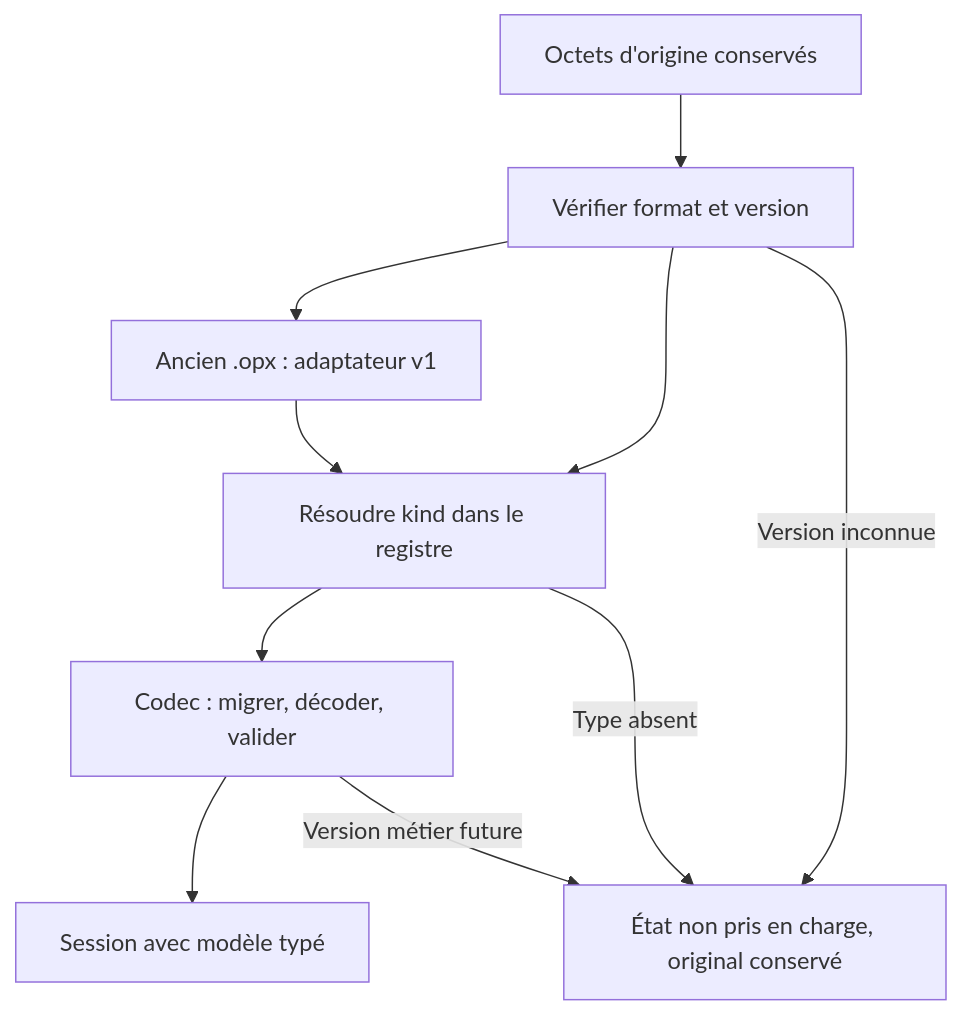
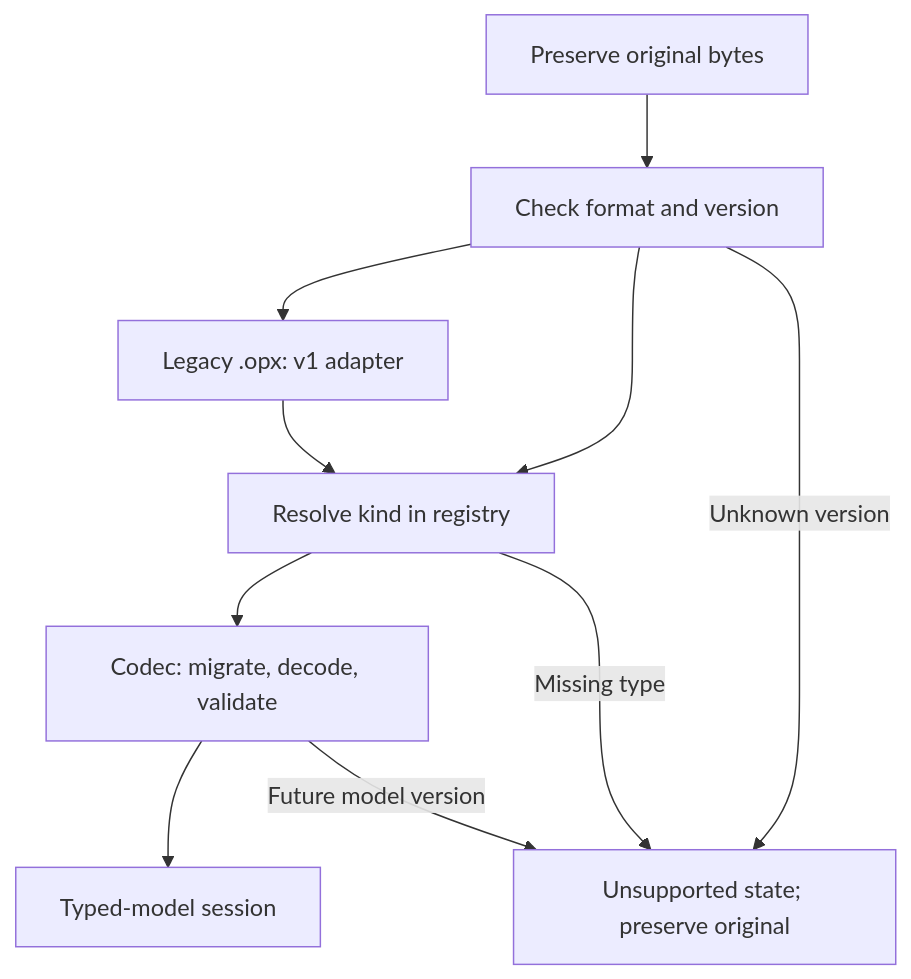
The diagram in docs/documents-et-compatibilite.md (linventif/open-process), drawn with Mermaid before and after one commit. The commit also changed other lines of this file and 20 other files, not shown here.

````diff
--- a/docs/documents-et-compatibilite.md
+++ b/docs/documents-et-compatibilite.md
@@ -64,12 +60,12 @@
 ```mermaid
 flowchart TD
-    Bytes["Octets d'origine conservés"] --> Envelope["Vérifier format et version"]
-    Envelope --> Legacy["Ancien .opx : adaptateur v1"]
-    Envelope --> Kind["Résoudre kind dans le registre"]
+    Bytes["Preserve original bytes"] --> Envelope["Check format and version"]
+    Envelope --> Legacy["Legacy .opx: v1 adapter"]
+    Envelope --> Kind["Resolve kind in registry"]
     Legacy --> Kind
-    Kind --> Codec["Codec : migrer, décoder, valider"]
-    Codec --> Session["Session avec modèle typé"]
-    Envelope -->|"Version inconnue"| Unsupported["État non pris en charge, original conservé"]
-    Kind -->|"Type absent"| Unsupported
-    Codec -->|"Version métier future"| Unsupported
+    Kind --> Codec["Codec: migrate, decode, validate"]
+    Codec --> Session["Typed-model session"]
+    Envelope -->|"Unknown version"| Unsupported["Unsupported state; preserve original"]
+    Kind -->|"Missing type"| Unsupported
+    Codec -->|"Future model version"| Unsupported
 ```
````
